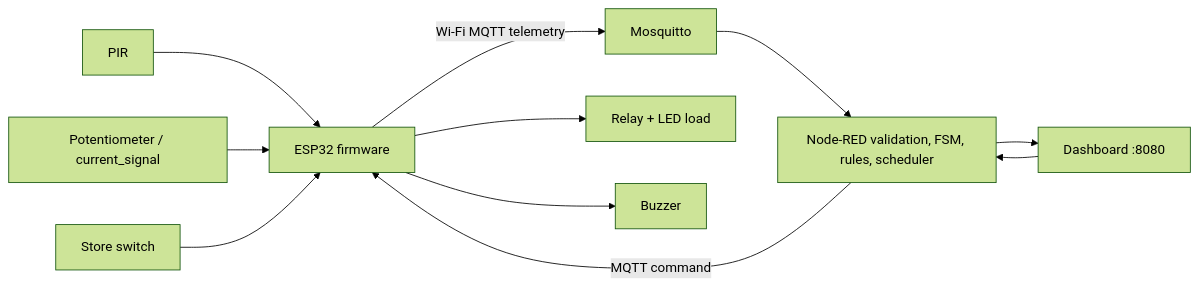
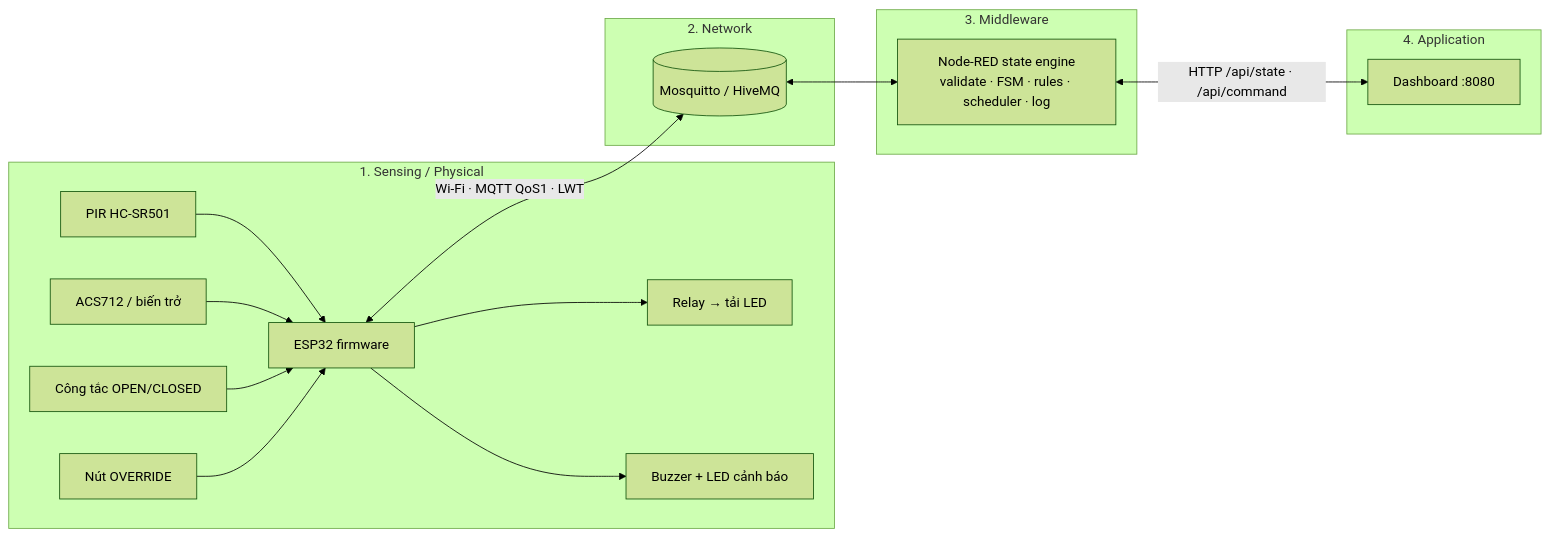
One commit to BacSiCode/iot-energy-monitoring-smart-power-automation changed the first of 2 diagrams in README.md. Above: the diagram before and after it, drawn with Mermaid (forest theme). The commit also changed other lines of this file and 9 other files, not shown here.

````diff
--- a/README.md
+++ b/README.md
@@ -7,13 +43,20 @@
 ```mermaid
 flowchart LR
-  PIR[PIR] --> ESP[ESP32 firmware]
-  ADC[Potentiometer / current_signal] --> ESP
-  SW[Store switch] --> ESP
-  ESP -->|Wi-Fi MQTT telemetry| BROKER[Mosquitto]
-  BROKER --> NR[Node-RED validation, FSM, rules, scheduler]
-  NR --> DASH[Dashboard :8080]
-  DASH --> NR
-  NR -->|MQTT command| ESP
-  ESP --> RELAY[Relay + LED load]
-  ESP --> BUZZER[Buzzer]
+  subgraph L1[1. Sensing / Physical]
+    PIR[PIR HC-SR501] --> ESP
+    ACS[ACS712 / biến trở] --> ESP
+    SW[Công tắc OPEN/CLOSED] --> ESP
+    BTN[Nút OVERRIDE] --> ESP
+    ESP[ESP32 firmware] --> RELAY[Relay → tải LED]
+    ESP --> BUZ[Buzzer + LED cảnh báo]
+  end
+  subgraph L2[2. Network]
+    ESP <-->|Wi-Fi · MQTT QoS1 · LWT| MQ[(Mosquitto / HiveMQ)]
+  end
+  subgraph L3[3. Middleware]
+    MQ <--> NR[Node-RED state engine<br/>validate · FSM · rules · scheduler · log]
+  end
+  subgraph L4[4. Application]
+    NR <-->|HTTP /api/state · /api/command| DASH[Dashboard :8080]
+  end
 ```
````
